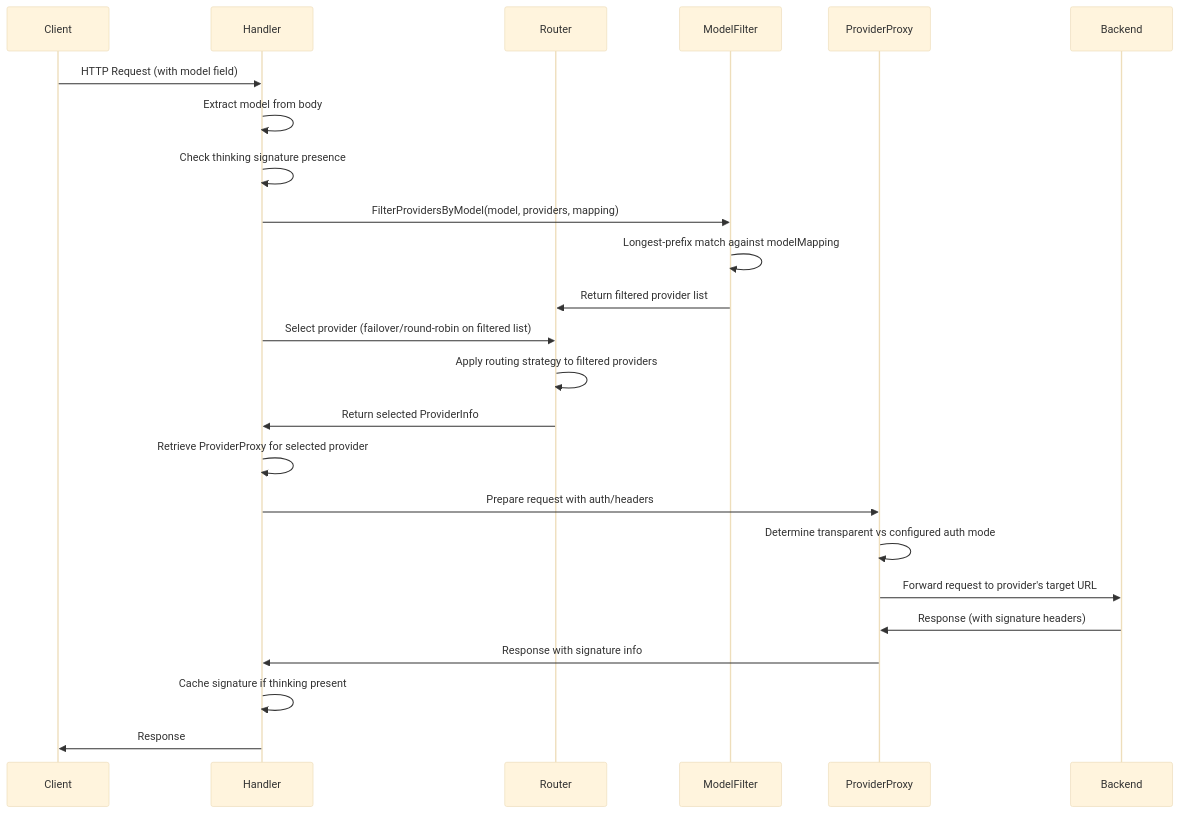
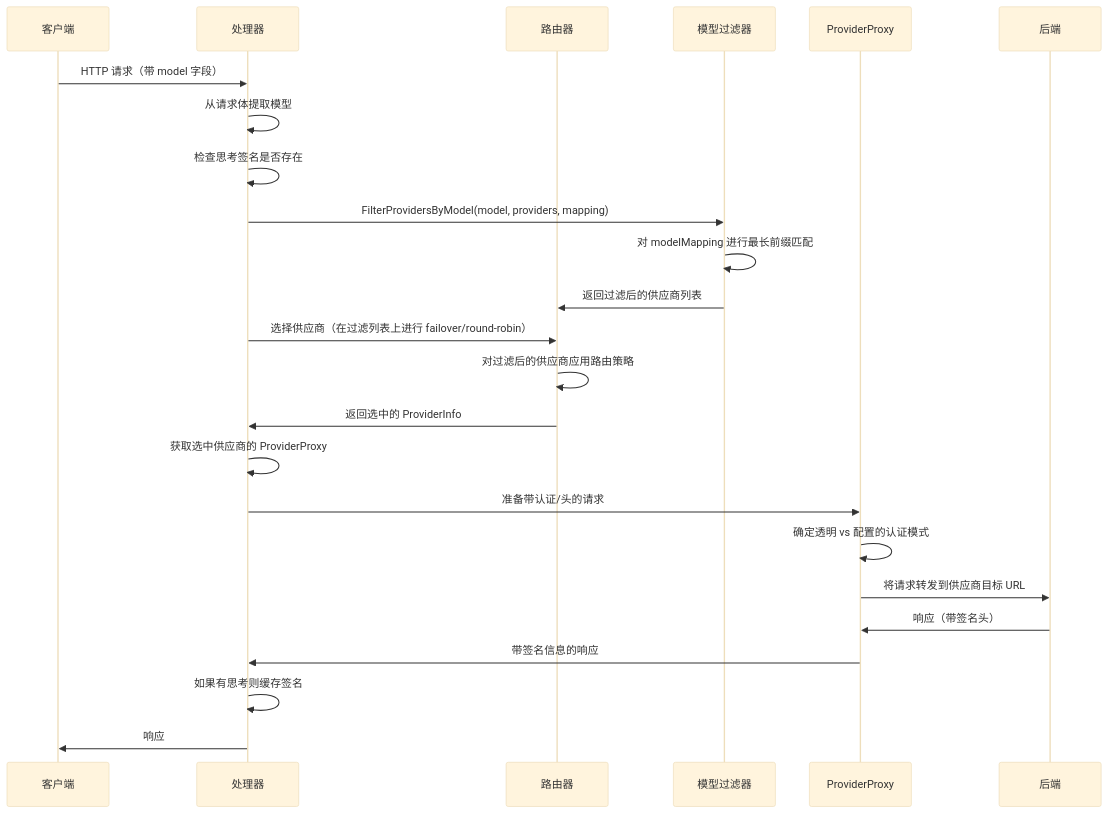
One commit to omarluq/cc-relay changed the second of 5 diagrams in docs-site/content/zh-cn/docs/architecture.md. Above: the diagram before and after it, drawn with Mermaid (base theme). The commit also changed other lines of this file and 4 other files, not shown here.

First line of the commit message:
docs: translate architecture.md to all supported languages

````diff
--- a/docs-site/content/zh-cn/docs/architecture.md
+++ b/docs-site/content/zh-cn/docs/architecture.md
@@ -140,28 +140,28 @@
 ```mermaid
 sequenceDiagram
-    participant Client
-    participant Handler
-    participant Router
-    participant ModelFilter
+    participant Client as 客户端
+    participant Handler as 处理器
+    participant Router as 路由器
+    participant ModelFilter as 模型过滤器
     participant ProviderProxy
-    participant Backend
+    participant Backend as 后端
 
-    Client->>Handler: HTTP Request (with model field)
-    Handler->>Handler: Extract model from body
-    Handler->>Handler: Check thinking signature presence
+    Client->>Handler: HTTP 请求（带 model 字段）
+    Handler->>Handler: 从请求体提取模型
+    Handler->>Handler: 检查思考签名是否存在
     Handler->>ModelFilter: FilterProvidersByModel(model, providers, mapping)
-    ModelFilter->>ModelFilter: Longest-prefix match against modelMapping
-    ModelFilter->>Router: Return filtered provider list
-    Handler->>Router: Select provider (failover/round-robin on filtered list)
-    Router->>Router: Apply routing strategy to filtered providers
-    Router->>Handler: Return selected ProviderInfo
+    ModelFilter->>ModelFilter: 对 modelMapping 进行最长前缀匹配
+    ModelFilter->>Router: 返回过滤后的供应商列表
+    Handler->>Router: 选择供应商（在过滤列表上进行 failover/round-robin）
+    Router->>Router: 对过滤后的供应商应用路由策略
+    Router->>Handler: 返回选中的 ProviderInfo
 
-    Handler->>Handler: Retrieve ProviderProxy for selected provider
-    Handler->>ProviderProxy: Prepare request with auth/headers
-    ProviderProxy->>ProviderProxy: Determine transparent vs configured auth mode
-    ProviderProxy->>Backend: Forward request to provider's target URL
-    Backend->>ProviderProxy: Response (with signature headers)
-    ProviderProxy->>Handler: Response with signature info
-    Handler->>Handler: Cache signature if thinking present
-    Handler->>Client: Response
+    Handler->>Handler: 获取选中供应商的 ProviderProxy
+    Handler->>ProviderProxy: 准备带认证/头的请求
+    ProviderProxy->>ProviderProxy: 确定透明 vs 配置的认证模式
+    ProviderProxy->>Backend: 将请求转发到供应商目标 URL
+    Backend->>ProviderProxy: 响应（带签名头）
+    ProviderProxy->>Handler: 带签名信息的响应
+    Handler->>Handler: 如果有思考则缓存签名
+    Handler->>Client: 响应
 ```
````
